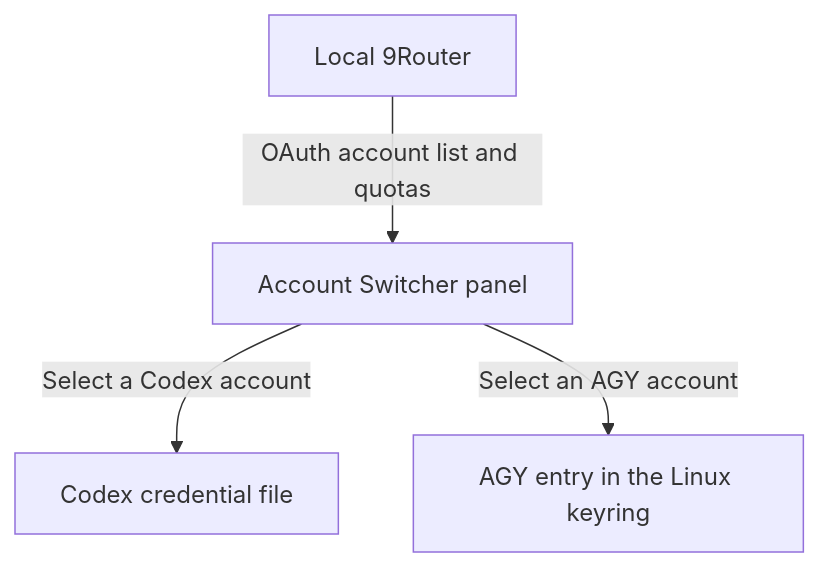
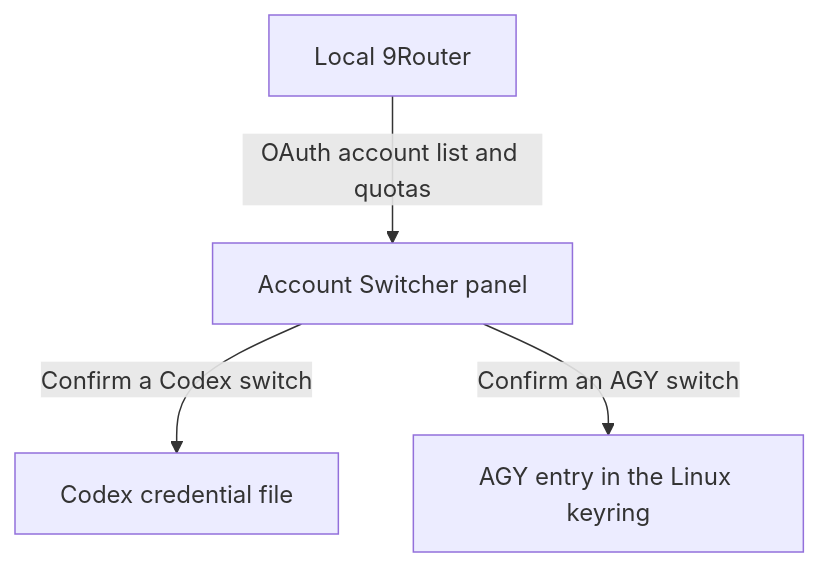
One commit to anstlichstudent/agents-account-switcher changed the diagram in README.md. Above: the diagram before and after it, drawn with Mermaid. The commit also changed other lines of this file and 4 other files, not shown here.

Commit message:
Confirm account switches and add a redacted preview

````diff
--- a/README.md
+++ b/README.md
@@ -45,10 +50,10 @@
 ```mermaid
 flowchart TD
     router["Local 9Router"]
     panel["Account Switcher panel"]
     codex["Codex credential file"]
     agy["AGY entry in the Linux keyring"]
     router -->|OAuth account list and quotas| panel
-    panel -->|Select a Codex account| codex
-    panel -->|Select an AGY account| agy
+    panel -->|Confirm a Codex switch| codex
+    panel -->|Confirm an AGY switch| agy
 ```
````
